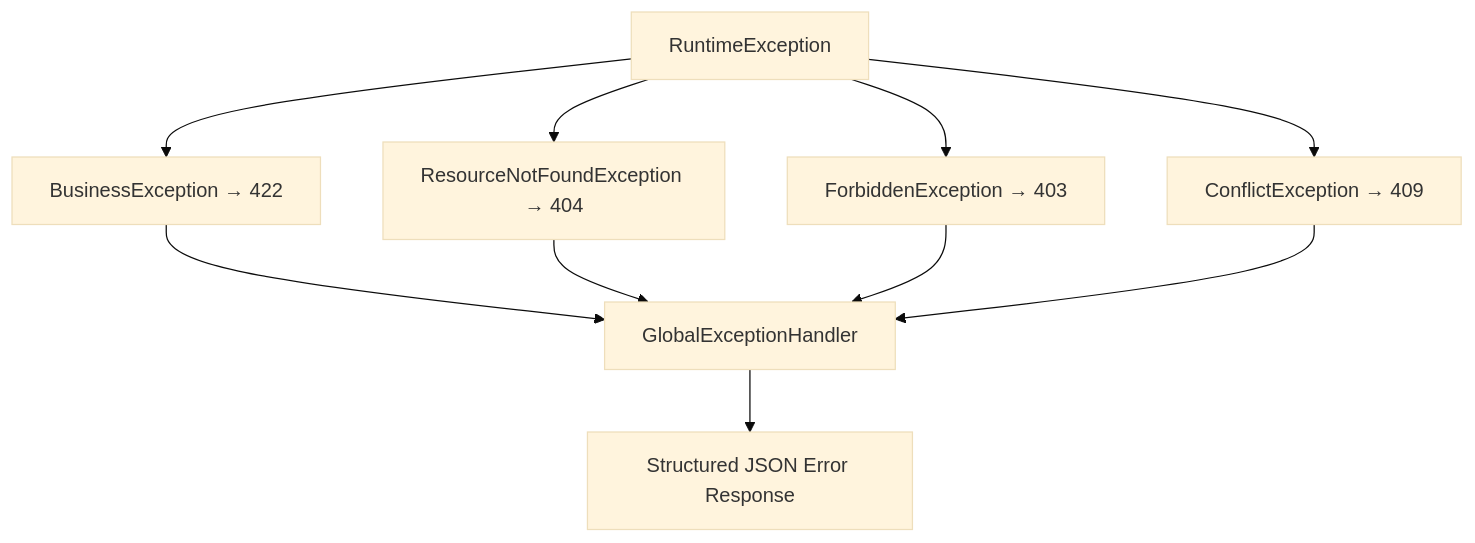
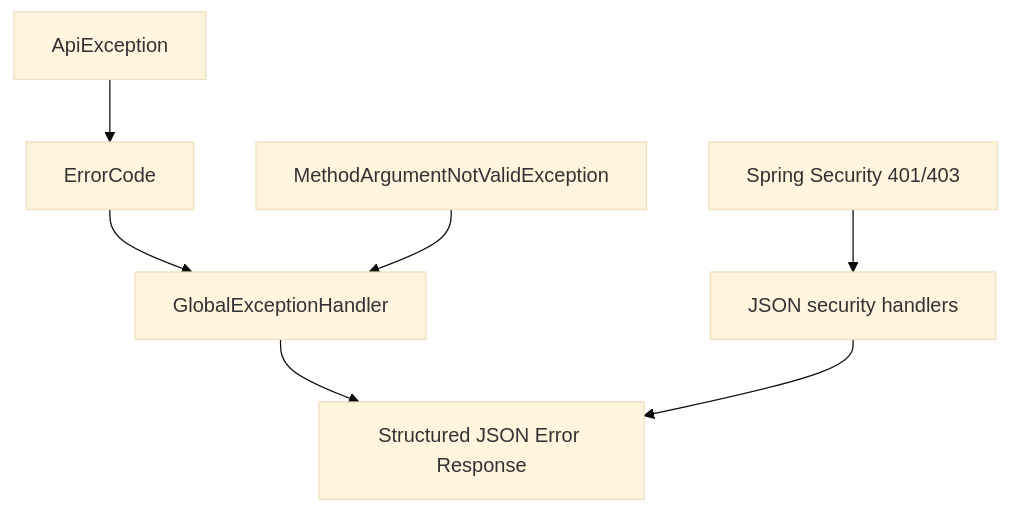
Before and after one commit to experiment001-on-secret-2500blobs129124/cpmss: the third of 3 diagrams in docs/ARCHITECTURE.md, drawn with Mermaid (base theme). The commit also changed other lines of this file and 16 other files, not shown here.

````diff
--- a/docs/ARCHITECTURE.md
+++ b/docs/ARCHITECTURE.md
@@ -374,14 +374,9 @@
 ```mermaid
 flowchart TD
-    RE["RuntimeException"] --> BE["BusinessException → 422"]
-    RE --> RNF["ResourceNotFoundException → 404"]
-    RE --> FE["ForbiddenException → 403"]
-    RE --> CE["ConflictException → 409"]
-
-    BE --> GEH["GlobalExceptionHandler"]
-    RNF --> GEH
-    FE --> GEH
-    CE --> GEH
-
+    AE["ApiException"] --> EC["ErrorCode"]
+    EC --> GEH["GlobalExceptionHandler"]
+    VALID["MethodArgumentNotValidException"] --> GEH
+    AUTH["Spring Security 401/403"] --> SH["JSON security handlers"]
     GEH --> R["Structured JSON Error Response"]
+    SH --> R
 ```
````
